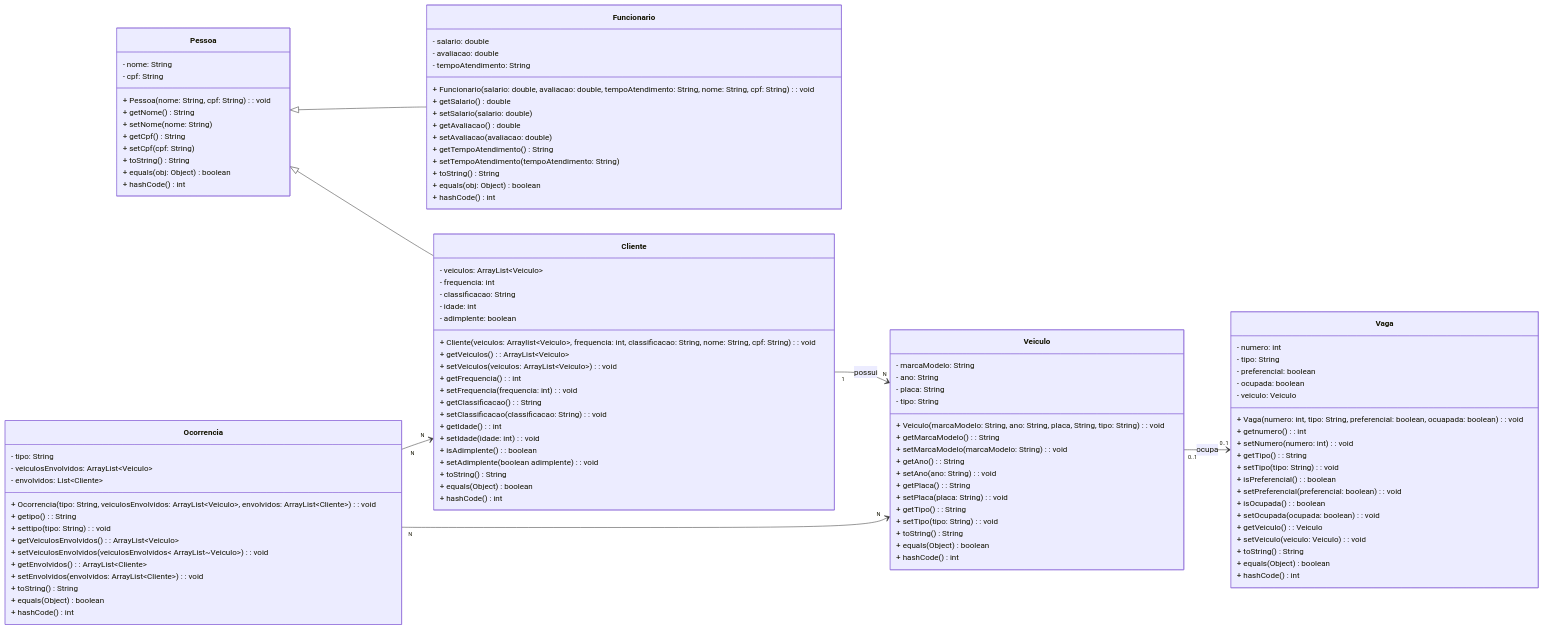
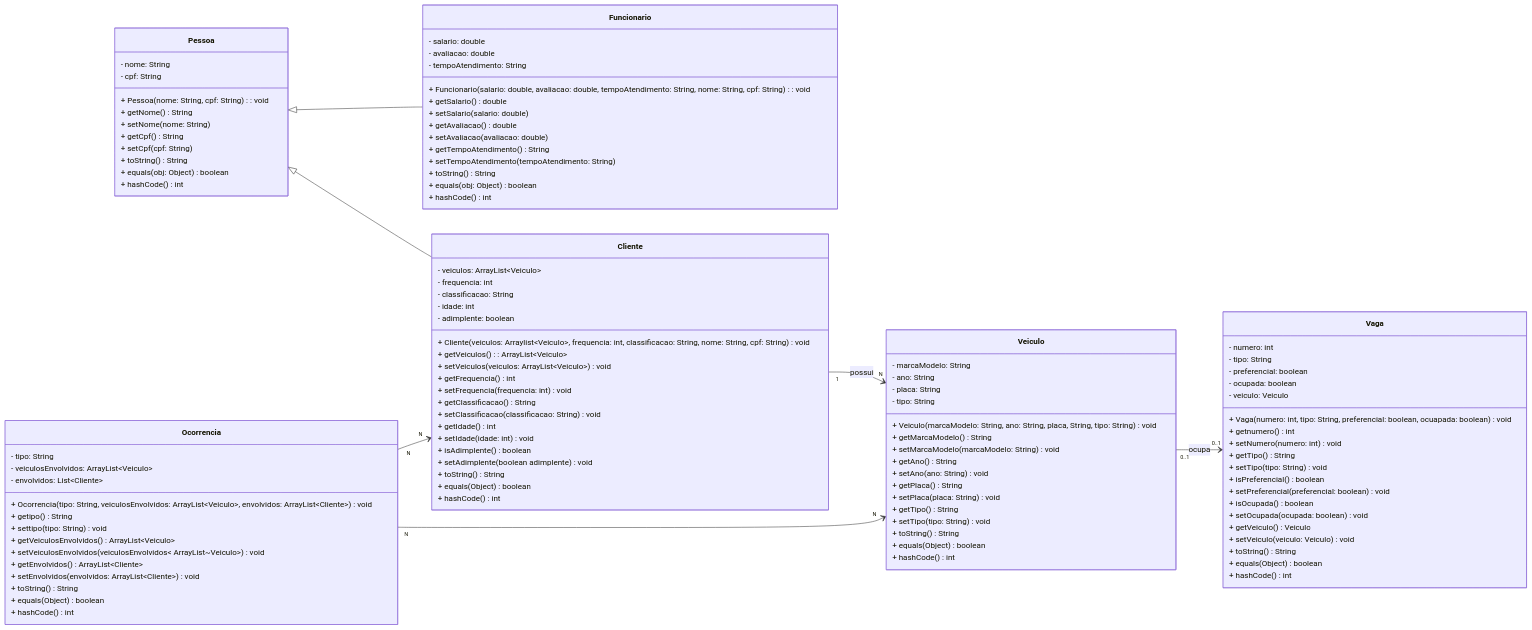
One commit to Luceena/Gerenciador-de-estacionamento changed the diagram in README.md. Above: the diagram before and after it, drawn with Mermaid.

Commit message:
fix: ajustes metódos do diagrama UML do Readme

```diff
--- a/README.md
+++ b/README.md
@@ -58,17 +58,17 @@
     - classificacao: String
     - idade: int
     - adimplente: boolean
-    + Cliente(veiculos: Arraylist~Veiculo~, frequencia: int, classificacao: String, nome: String, cpf: String): void
+    + Cliente(veiculos: Arraylist~Veiculo~, frequencia: int, classificacao: String, nome: String, cpf: String) void
     + getVeiculos(): ArrayList~Veiculo~
-    + setVeiculos(veiculos: ArrayList~Veiculo~): void
-    + getFrequencia(): int
-    + setFrequencia(frequencia: int): void
-    + getClassificacao(): String
-    + setClassificacao(classificacao: String): void
-    + getIdade(): int
-    + setIdade(idade: int): void
-    + isAdimplente(): boolean
-    + setAdimplente(boolean adimplente): void
+    + setVeiculos(veiculos: ArrayList~Veiculo~) void
+    + getFrequencia() int
+    + setFrequencia(frequencia: int) void
+    + getClassificacao() String
+    + setClassificacao(classificacao: String) void
+    + getIdade() int
+    + setIdade(idade: int) void
+    + isAdimplente() boolean
+    + setAdimplente(boolean adimplente) void
     + toString() String
     + equals(Object) boolean
     + hashCode() int
@@ -79,15 +79,15 @@
     - ano: String
     - placa: String
     - tipo: String
-    + Veiculo(marcaModelo: String, ano: String, placa, String, tipo: String): void
-    + getMarcaModelo(): String
-    + setMarcaModelo(marcaModelo: String): void
-    + getAno(): String
-    + setAno(ano: String): void
-    + getPlaca(): String
-    + setPlaca(placa: String): void
-    + getTipo(): String
-    + setTipo(tipo: String): void
+    + Veiculo(marcaModelo: String, ano: String, placa, String, tipo: String) void
+    + getMarcaModelo() String
+    + setMarcaModelo(marcaModelo: String) void
+    + getAno() String
+    + setAno(ano: String) void
+    + getPlaca() String
+    + setPlaca(placa: String) void
+    + getTipo() String
+    + setTipo(tipo: String) void
     + toString() String
     + equals(Object) boolean
     + hashCode() int
@@ -99,17 +99,17 @@
     - preferencial: boolean
     - ocupada: boolean
     - veiculo: Veiculo
-    + Vaga(numero: int, tipo: String, preferencial: boolean, ocuapada: boolean): void
-    + getnumero(): int
-    + setNumero(numero: int): void
-    + getTipo(): String
-    + setTipo(tipo: String): void
-    + isPreferencial(): boolean
-    + setPreferencial(preferencial: boolean): void
-    + isOcupada(): boolean
-    + setOcupada(ocupada: boolean): void
-    + getVeiculo(): Veiculo
-    + setVeiculo(veiculo: Veiculo): void
+    + Vaga(numero: int, tipo: String, preferencial: boolean, ocuapada: boolean) void
+    + getnumero() int
+    + setNumero(numero: int) void
+    + getTipo() String
+    + setTipo(tipo: String) void
+    + isPreferencial() boolean
+    + setPreferencial(preferencial: boolean) void
+    + isOcupada() boolean
+    + setOcupada(ocupada: boolean) void
+    + getVeiculo() Veiculo
+    + setVeiculo(veiculo: Veiculo) void
     + toString() String
     + equals(Object) boolean
     + hashCode() int
@@ -119,13 +119,13 @@
     - tipo: String
     - veiculosEnvolvidos: ArrayList~Veiculo~
     - envolvidos: List~Cliente~ 
-    + Ocorrencia(tipo: String, veiculosEnvolvidos: ArrayList~Veiculo~, envolvidos: ArrayList~Cliente~): void
-    + getipo(): String
-    + settipo(tipo: String): void
-    + getVeiculosEnvolvidos(): ArrayList~Veiculo~
-    + setVeiculosEnvolvidos(veiculosEnvolvidos~ ArrayList~Veiculo~): void
-    + getEnvolvidos(): ArrayList~Cliente~
-    + setEnvolvidos(envolvidos: ArrayList~Cliente~): void
+    + Ocorrencia(tipo: String, veiculosEnvolvidos: ArrayList~Veiculo~, envolvidos: ArrayList~Cliente~) void
+    + getipo() String
+    + settipo(tipo: String) void
+    + getVeiculosEnvolvidos() ArrayList~Veiculo~
+    + setVeiculosEnvolvidos(veiculosEnvolvidos~ ArrayList~Veiculo~) void
+    + getEnvolvidos() ArrayList~Cliente~
+    + setEnvolvidos(envolvidos: ArrayList~Cliente~) void
     + toString() String
     + equals(Object) boolean
     + hashCode() int
```
